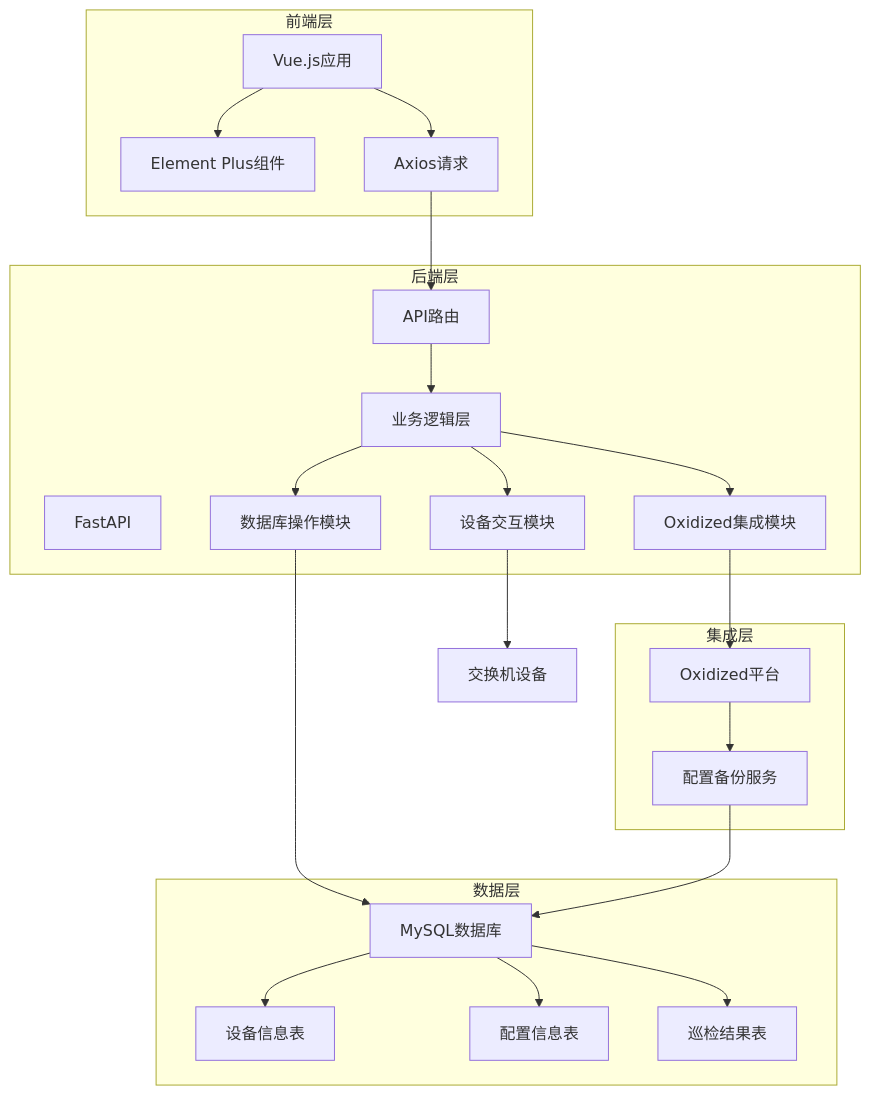
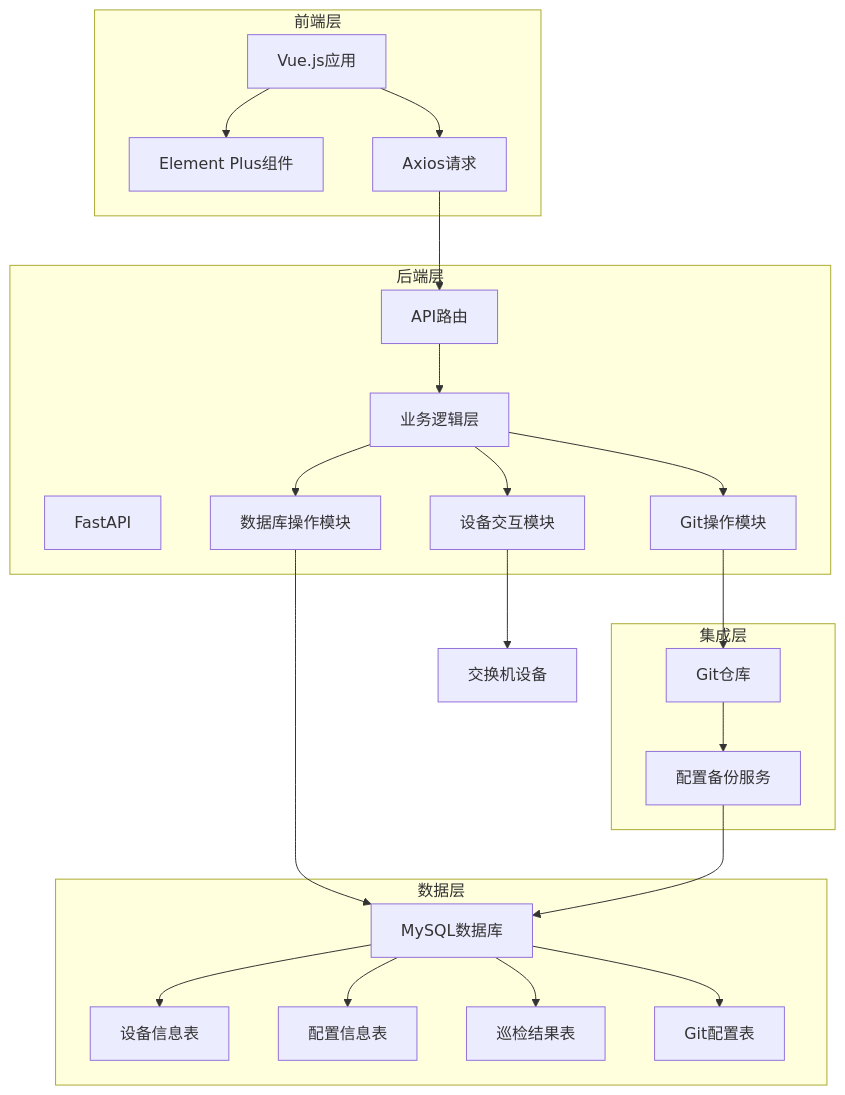
One commit to Cheney128/devopt_tools changed the first of 2 diagrams in 项目文档.md. Above: the diagram before and after it, drawn with Mermaid. The commit also changed other lines of this file and 24 other files, not shown here.

````diff
--- a/项目文档.md
+++ b/项目文档.md
@@ -40,45 +46,47 @@
 ```mermaid
 flowchart TD
     subgraph 前端层
         A[Vue.js应用]
         B[Element Plus组件]
         C[Axios请求]
     end
 
     subgraph 后端层
         D[FastAPI]
         E[API路由]
         F[业务逻辑层]
         G[设备交互模块]
         H[数据库操作模块]
-        I[Oxidized集成模块]
+        I[Git操作模块]
     end
 
     subgraph 数据层
         J[MySQL数据库]
         K[设备信息表]
         L[配置信息表]
         M[巡检结果表]
+        N[Git配置表]
     end
 
     subgraph 集成层
-        N[Oxidized平台]
-        O[配置备份服务]
+        O[Git仓库]
+        P[配置备份服务]
     end
 
     A --> B
     A --> C
     C --> E
     E --> F
     F --> G
     F --> H
     F --> I
     G --> 交换机设备
     H --> J
-    I --> N
+    I --> O
     J --> K
     J --> L
     J --> M
-    N --> O
-    O --> J
+    J --> N
+    O --> P
+    P --> J
 ```
````
